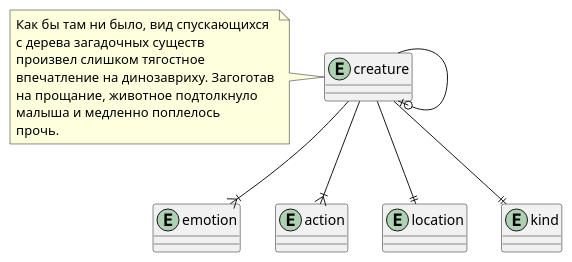
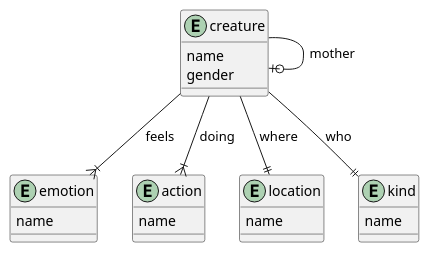
The diagram in doc/lab-1/fig/high.puml (vityaman-edu/db-labs-basic), drawn with PlantUML before and after one commit. The commit also changed 6 other files, not shown here.

Commit message:
[lab][1][doc] edited ER-Diagrams

```diff
--- a/doc/lab-1/fig/high.puml
+++ b/doc/lab-1/fig/high.puml
@@ -1,25 +1,30 @@
 @startuml High-level ER-Diagram
 
-entity creature {}
-entity emotion {}
-entity action {}
-entity location {}
-entity kind {}
+entity creature {
+  name
+  gender
+}
 
-creature --||kind
-creature --||location
-creature --|{ emotion
-creature --|{ action
-creature --o| creature
+entity emotion {
+  name
+}
 
-note left of creature
-  Как бы там ни было, вид спускающихся 
-  с дерева загадочных существ
-  произвел слишком тягостное 
-  впечатление на динозавриху. Загоготав
-  на прощание, животное подтолкнуло 
-  малыша и медленно поплелось
-  прочь. 
-end note
+entity action {
+  name
+}
+
+entity location {
+  name
+}
+
+entity kind {
+  name
+}
+
+creature --||kind : who
+creature --||location : where
+creature --|{ emotion : feels
+creature --|{ action : doing
+creature --o| creature : mother
 
 @enduml
```
